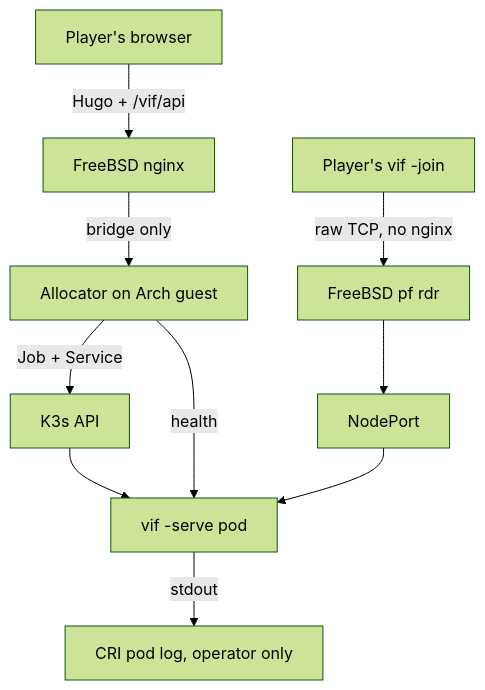
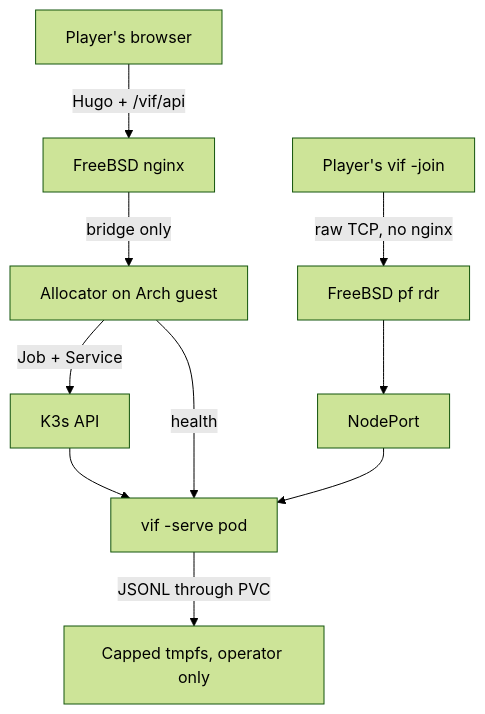
Before and after one commit to lixenwraith/vi-fighter: the diagram in doc/kube_docker_deploy.md, drawn with Mermaid (forest theme). The commit also changed other lines of this file and 7 other files, not shown here.

````diff
--- a/doc/kube_docker_deploy.md
+++ b/doc/kube_docker_deploy.md
@@ -47,10 +47,10 @@
 ```mermaid
 flowchart TD
     Browser["Player's browser"] -->|"Hugo + /vif/api"| Site["FreeBSD nginx"]
     Site -->|"bridge only"| Alloc["Allocator on Arch guest"]
     Alloc -->|"Job + Service"| API["K3s API"]
     API --> Pod["vif -serve pod"]
     Alloc -->|"health"| Pod
     Term["Player's vif -join"] -->|"raw TCP, no nginx"| PF["FreeBSD pf rdr"] --> NP["NodePort"] --> Pod
-    Pod -->|"stdout"| Log["CRI pod log, operator only"]
+    Pod -->|"JSONL through PVC"| Log["Capped tmpfs, operator only"]
 ```
````
